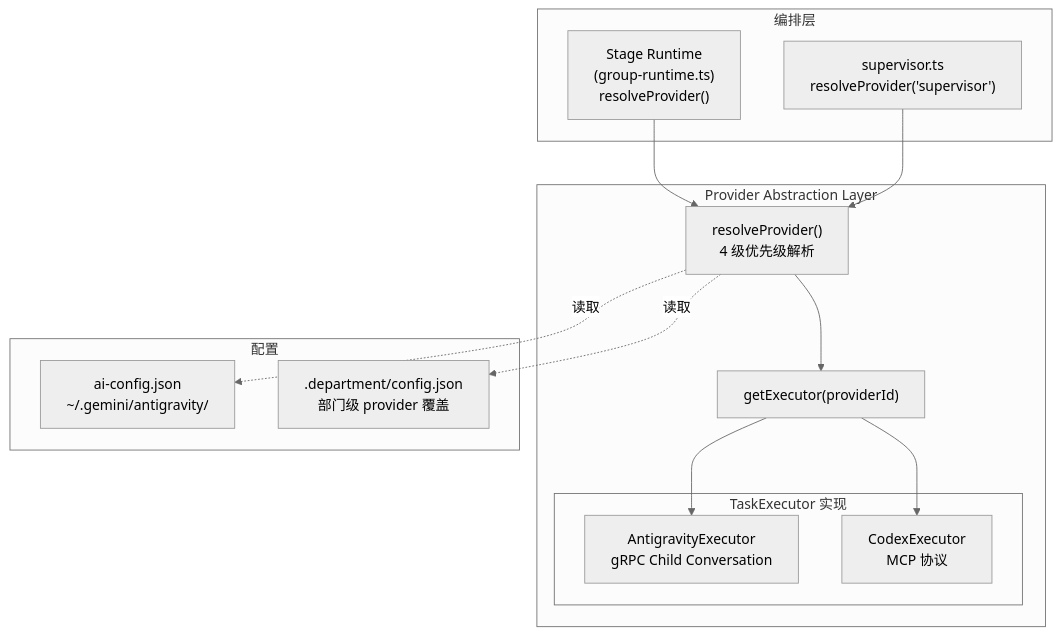
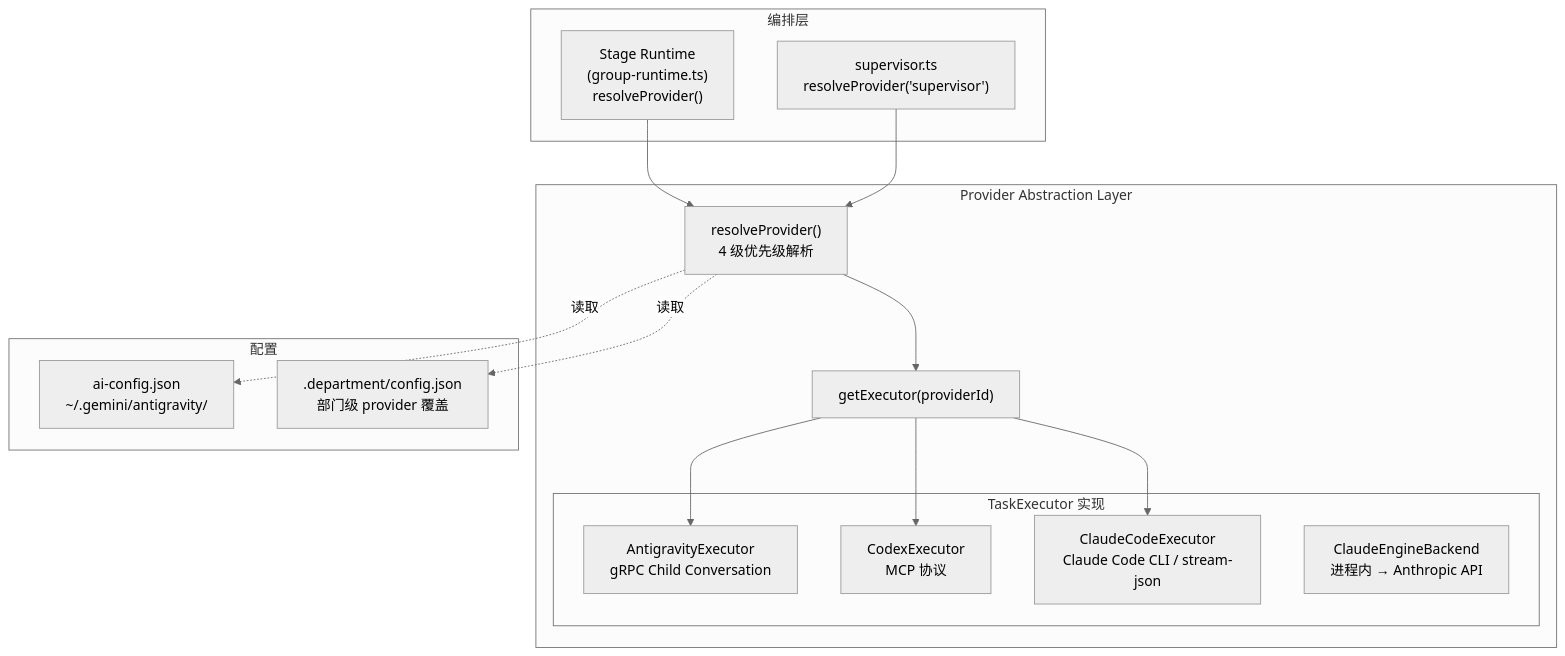
One commit to pikapikaspeedup/OPC_CEO changed diagram 14 of 22 in ARCHITECTURE.md. Above: the diagram before and after it, drawn with Mermaid (neutral theme). The commit also changed other lines of this file and 531 other files, not shown here.

````diff
--- a/ARCHITECTURE.md
+++ b/ARCHITECTURE.md
@@ -689,30 +701,33 @@
 ```mermaid
 flowchart TB
     subgraph Orchestration["编排层"]
         GR["Stage Runtime<br/>(group-runtime.ts)<br/>resolveProvider()"]
         SUP["supervisor.ts<br/>resolveProvider('supervisor')"]
     end
 
     subgraph PAL["Provider Abstraction Layer"]
         RE["resolveProvider()<br/>4 级优先级解析"]
         GE["getExecutor(providerId)"]
         
         subgraph Executors["TaskExecutor 实现"]
             AE["AntigravityExecutor<br/>gRPC Child Conversation"]
             CE["CodexExecutor<br/>MCP 协议"]
+            CCE["ClaudeCodeExecutor<br/>Claude Code CLI / stream-json"]
+            CAE["ClaudeEngineBackend<br/>进程内 → Anthropic API"]
         end
     end
 
     subgraph Config["配置"]
         AIC["ai-config.json<br/>~/.gemini/antigravity/"]
         DC[".department/config.json<br/>部门级 provider 覆盖"]
     end
 
     GR --> RE
     SUP --> RE
     RE --> GE
     GE --> AE
     GE --> CE
+    GE --> CCE
     RE -.->|"读取"| AIC
     RE -.->|"读取"| DC
 ```
````
